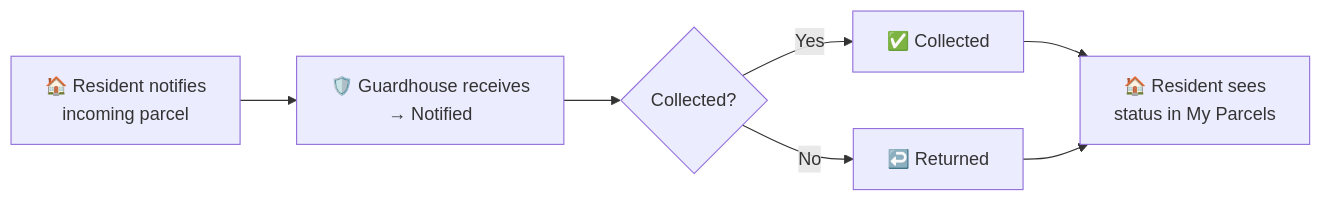
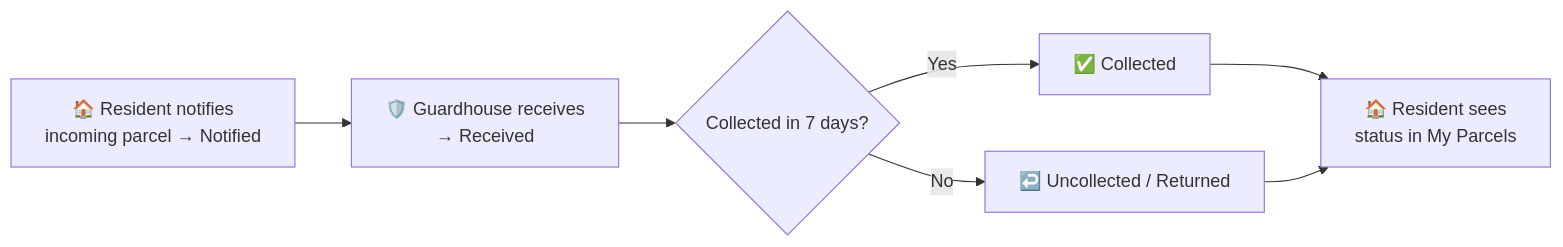
The fourth of 4 diagrams in README.md (dooddles07/The-Meridian), drawn with Mermaid before and after one commit. The commit also changed other lines of this file, not shown here.

````diff
--- a/README.md
+++ b/README.md
@@ -204,9 +202,9 @@
 ```mermaid
 flowchart LR
-    A["🏠 Resident notifies<br/>incoming parcel"] --> B["🛡️ Guardhouse receives<br/>→ Notified"]
-    B --> C{"Collected?"}
+    A["🏠 Resident notifies<br/>incoming parcel → Notified"] --> B["🛡️ Guardhouse receives<br/>→ Received"]
+    B --> C{"Collected in 7 days?"}
     C -->|Yes| D["✅ Collected"]
-    C -->|No| E["↩️ Returned"]
+    C -->|No| E["↩️ Uncollected / Returned"]
     D --> F["🏠 Resident sees<br/>status in My Parcels"]
     E --> F
 ```
````
